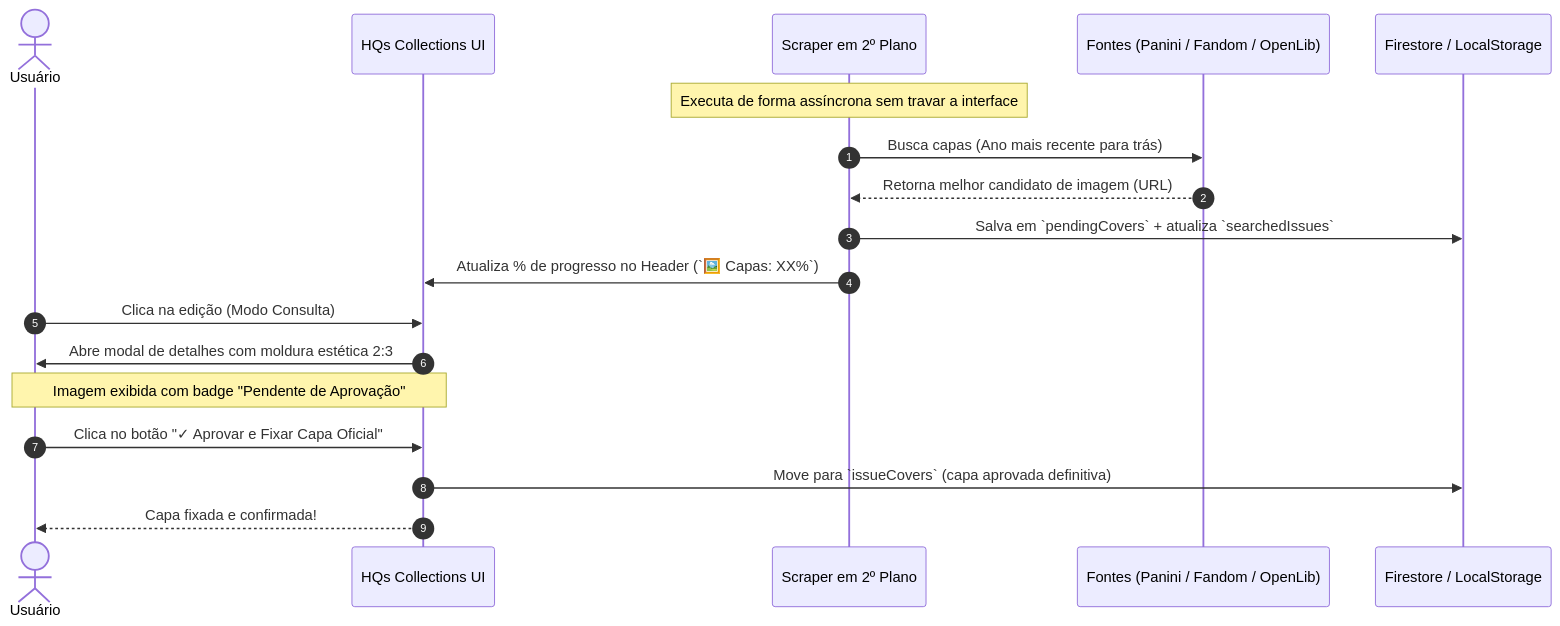
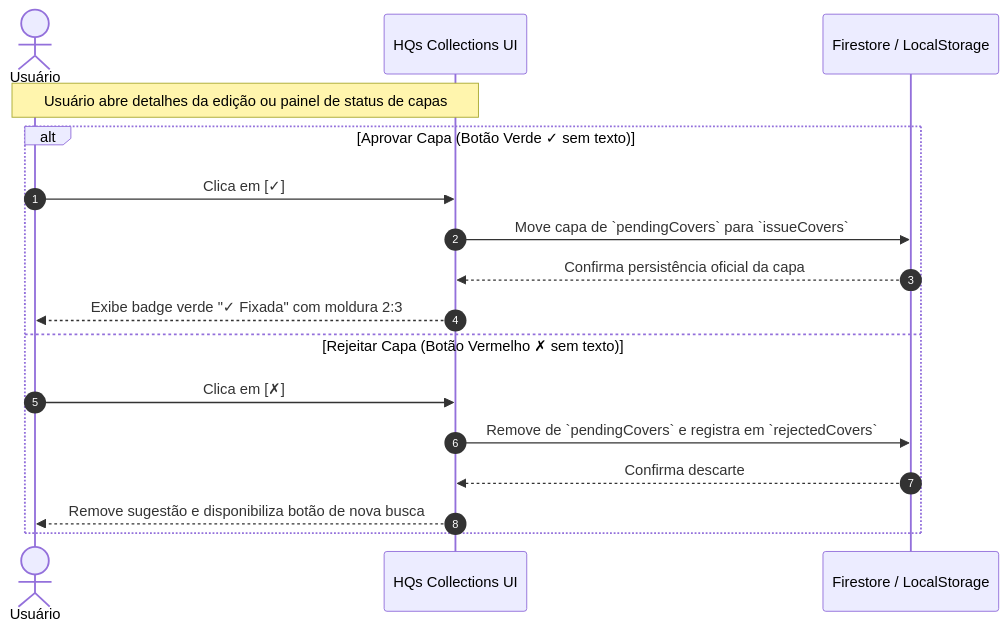
One commit to williamdevide/antigravity.collections changed the second of 2 diagrams in documentation/architecture.md. Above: the diagram before and after it, drawn with Mermaid. The commit also changed other lines of this file and 10 other files, not shown here.

Commit message:
feat(v1.2.0): restore header items, clickable cover search status modal, text-free approve/reject buttons, and forced Panini scraper

````diff
--- a/documentation/architecture.md
+++ b/documentation/architecture.md
@@ -81,22 +65,20 @@
 ```mermaid
 sequenceDiagram
     autonumber
     actor User as Usuário
     participant UI as HQs Collections UI
-    participant Scraper as Scraper em 2º Plano
-    participant Sources as Fontes (Panini / Fandom / OpenLib)
     participant Storage as Firestore / LocalStorage
 
-    Note over Scraper: Executa de forma assíncrona sem travar a interface
-    Scraper->>Sources: Busca capas (Ano mais recente para trás)
-    Sources-->>Scraper: Retorna melhor candidato de imagem (URL)
-    Scraper->>Storage: Salva em `pendingCovers` + atualiza `searchedIssues`
-    Scraper->>UI: Atualiza % de progresso no Header (`🖼️ Capas: XX%`)
-    
-    User->>UI: Clica na edição (Modo Consulta)
-    UI->>User: Abre modal de detalhes com moldura estética 2:3
-    Note over UI,User: Imagem exibida com badge "Pendente de Aprovação"
-    User->>UI: Clica no botão "✓ Aprovar e Fixar Capa Oficial"
-    UI->>Storage: Move para `issueCovers` (capa aprovada definitiva)
-    UI-->>User: Capa fixada e confirmada!
+    Note over User,UI: Usuário abre detalhes da edição ou painel de status de capas
+    alt Aprovar Capa (Botão Verde ✓ sem texto)
+        User->>UI: Clica em [✓]
+        UI->>Storage: Move capa de `pendingCovers` para `issueCovers`
+        Storage-->>UI: Confirma persistência oficial da capa
+        UI-->>User: Exibe badge verde "✓ Fixada" com moldura 2:3
+    else Rejeitar Capa (Botão Vermelho ✗ sem texto)
+        User->>UI: Clica em [✗]
+        UI->>Storage: Remove de `pendingCovers` e registra em `rejectedCovers`
+        Storage-->>UI: Confirma descarte
+        UI-->>User: Remove sugestão e disponibiliza botão de nova busca
+    end
 ```
````
